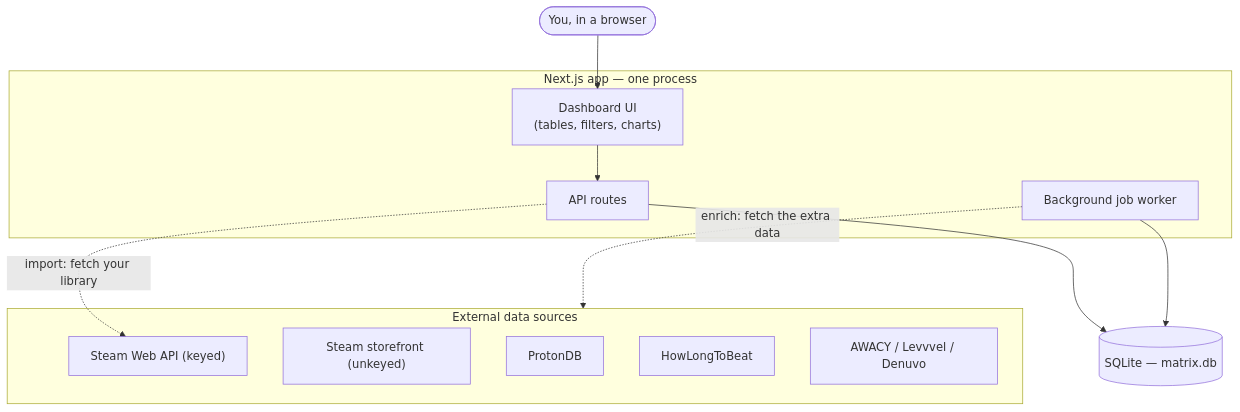
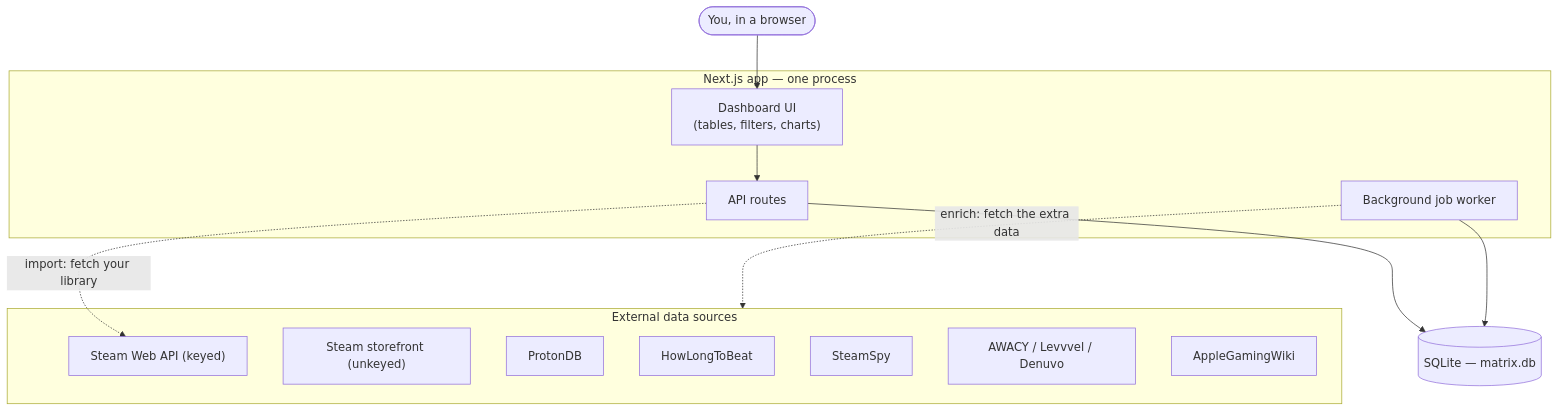
The first of 6 diagrams in docs/architecture.md (atahan99/Steam-Library-Matrix), drawn with Mermaid before and after one commit. The commit also changed other lines of this file, not shown here.

First line of the commit message:
docs(architecture): trim and bring up to date with the code

````diff
--- a/docs/architecture.md
+++ b/docs/architecture.md
@@ -76,23 +45,25 @@
 ```mermaid
 flowchart TB
   User([You, in a browser])
   subgraph App["Next.js app — one process"]
     UI["Dashboard UI<br/>(tables, filters, charts)"]
     API["API routes"]
     Worker["Background job worker"]
   end
   DB[("SQLite — matrix.db")]
   subgraph Sources["External data sources"]
     Steam["Steam Web API (keyed)"]
     Store["Steam storefront (unkeyed)"]
     Proton["ProtonDB"]
     HLTB["HowLongToBeat"]
+    Spy["SteamSpy"]
     AC["AWACY / Levvvel / Denuvo"]
+    AGW["AppleGamingWiki"]
   end
 
   User --> UI --> API
   API --> DB
   Worker --> DB
   API -. "import: fetch your library" .-> Steam
   Worker -. "enrich: fetch the extra data" .-> Sources
 ```
````
